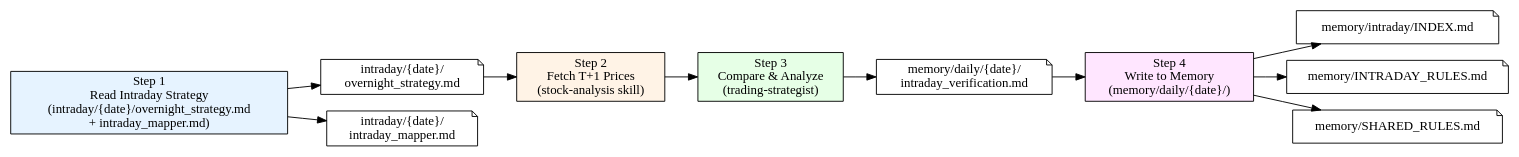
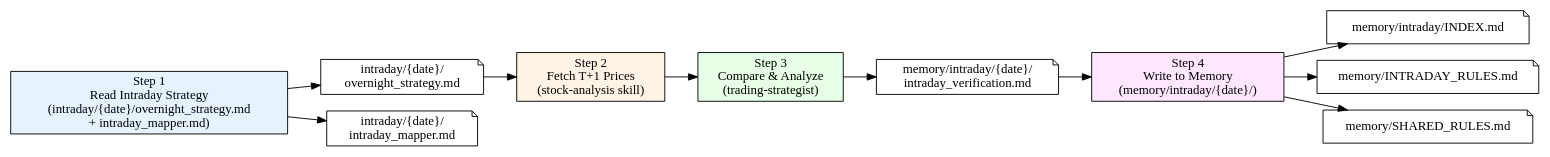
One commit to mysll/ashare-pilot changed the diagram in .opencode/skills/intraday-trading-review/SKILL.md. Above: the diagram before and after it, drawn with Graphviz. The commit also changed other lines of this file and 1 other file, not shown here.

Commit message:
update memory path

````diff
--- a/.opencode/skills/intraday-trading-review/SKILL.md
+++ b/.opencode/skills/intraday-trading-review/SKILL.md
@@ -12,28 +12,28 @@
 ```dot
 digraph workflow {
     rankdir=LR;
     node [shape=box];
 
     "Step 1: Read Strategy" [label="Step 1\nRead Intraday Strategy\n(intraday/{date}/overnight_strategy.md\n+ intraday_mapper.md)", style=filled, fillcolor="#e6f3ff"];
     "Step 2: Fetch Actuals" [label="Step 2\nFetch T+1 Prices\n(stock-analysis skill)", style=filled, fillcolor="#fff3e6"];
     "Step 3: Compare & Analyze" [label="Step 3\nCompare & Analyze\n(trading-strategist)", style=filled, fillcolor="#e6ffe6"];
-    "Step 4: Write Memory" [label="Step 4\nWrite to Memory\n(memory/daily/{date}/)", style=filled, fillcolor="#ffe6ff"];
+    "Step 4: Write Memory" [label="Step 4\nWrite to Memory\n(memory/intraday/{date}/)", style=filled, fillcolor="#ffe6ff"];
 
     "intraday/{date}/\novernight_strategy.md" [shape=note];
     "intraday/{date}/\nintraday_mapper.md" [shape=note];
-    "memory/daily/{date}/\nintraday_verification.md" [shape=note];
+    "memory/intraday/{date}/\nintraday_verification.md" [shape=note];
     "memory/intraday/INDEX.md" [shape=note];
     "memory/INTRADAY_RULES.md" [shape=note];
     "memory/SHARED_RULES.md" [shape=note];
 
     "Step 1: Read Strategy" -> "intraday/{date}/\novernight_strategy.md";
     "Step 1: Read Strategy" -> "intraday/{date}/\nintraday_mapper.md";
     "intraday/{date}/\novernight_strategy.md" -> "Step 2: Fetch Actuals";
     "Step 2: Fetch Actuals" -> "Step 3: Compare & Analyze";
-    "Step 3: Compare & Analyze" -> "memory/daily/{date}/\nintraday_verification.md";
-    "memory/daily/{date}/\nintraday_verification.md" -> "Step 4: Write Memory";
+    "Step 3: Compare & Analyze" -> "memory/intraday/{date}/\nintraday_verification.md";
+    "memory/intraday/{date}/\nintraday_verification.md" -> "Step 4: Write Memory";
     "Step 4: Write Memory" -> "memory/intraday/INDEX.md";
     "Step 4: Write Memory" -> "memory/INTRADAY_RULES.md";
     "Step 4: Write Memory" -> "memory/SHARED_RULES.md";
 }
 ```
````
